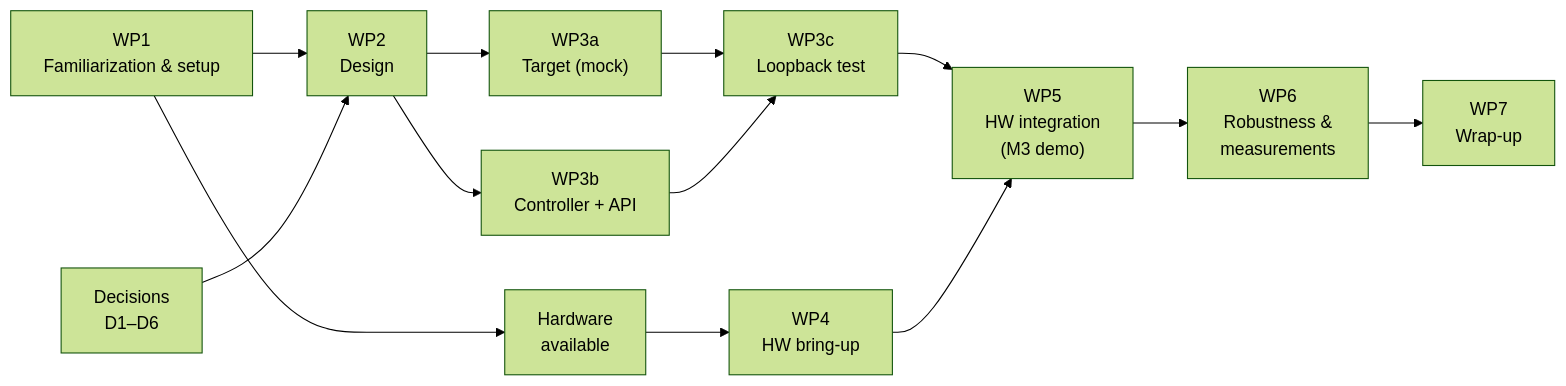
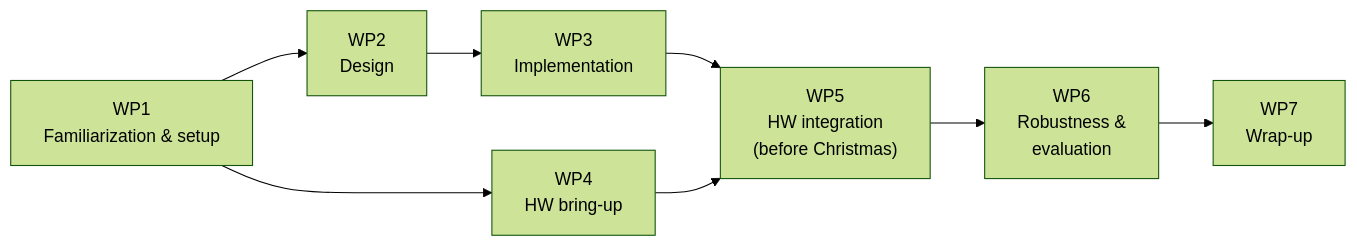
One commit to Pascalpex/apfelmus changed the diagram in doc/PROJECT_PLAN.md. Above: the diagram before and after it, drawn with Mermaid (forest theme). The commit also changed other lines of this file and 2 other files, not shown here.

````diff
--- a/doc/PROJECT_PLAN.md
+++ b/doc/PROJECT_PLAN.md
@@ -95,15 +80,10 @@
 ```mermaid
 flowchart LR
     WP1["WP1<br/>Familiarization & setup"] --> WP2["WP2<br/>Design"]
-    WP1 --> HW["Hardware<br/>available"]
-    D["Decisions<br/>D1–D6"] --> WP2
-    WP2 --> WP3a["WP3a<br/>Target (mock)"]
-    WP2 --> WP3b["WP3b<br/>Controller + API"]
-    WP3a --> WP3c["WP3c<br/>Loopback test"]
-    WP3b --> WP3c
-    HW --> WP4["WP4<br/>HW bring-up"]
-    WP3c --> WP5["WP5<br/>HW integration<br/>(M3 demo)"]
+    WP2 --> WP3["WP3<br/>Implementation"]
+    WP1 --> WP4["WP4<br/>HW bring-up"]
+    WP3 --> WP5["WP5<br/>HW integration<br/>(before Christmas)"]
     WP4 --> WP5
-    WP5 --> WP6["WP6<br/>Robustness &<br/>measurements"]
+    WP5 --> WP6["WP6<br/>Robustness &<br/>evaluation"]
     WP6 --> WP7["WP7<br/>Wrap-up"]
 ```
````
